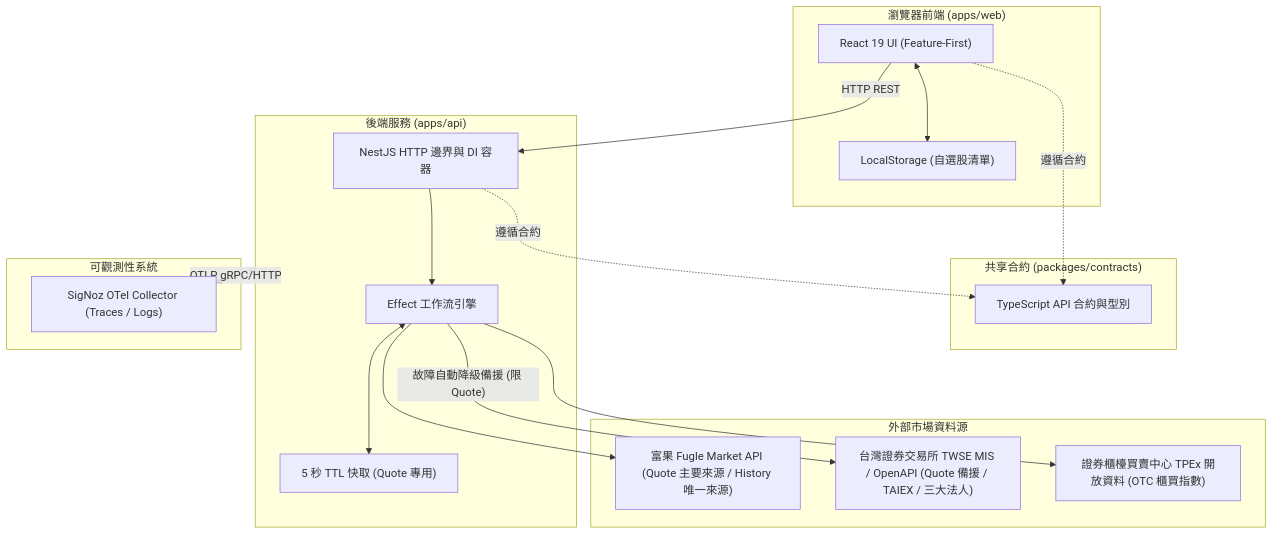
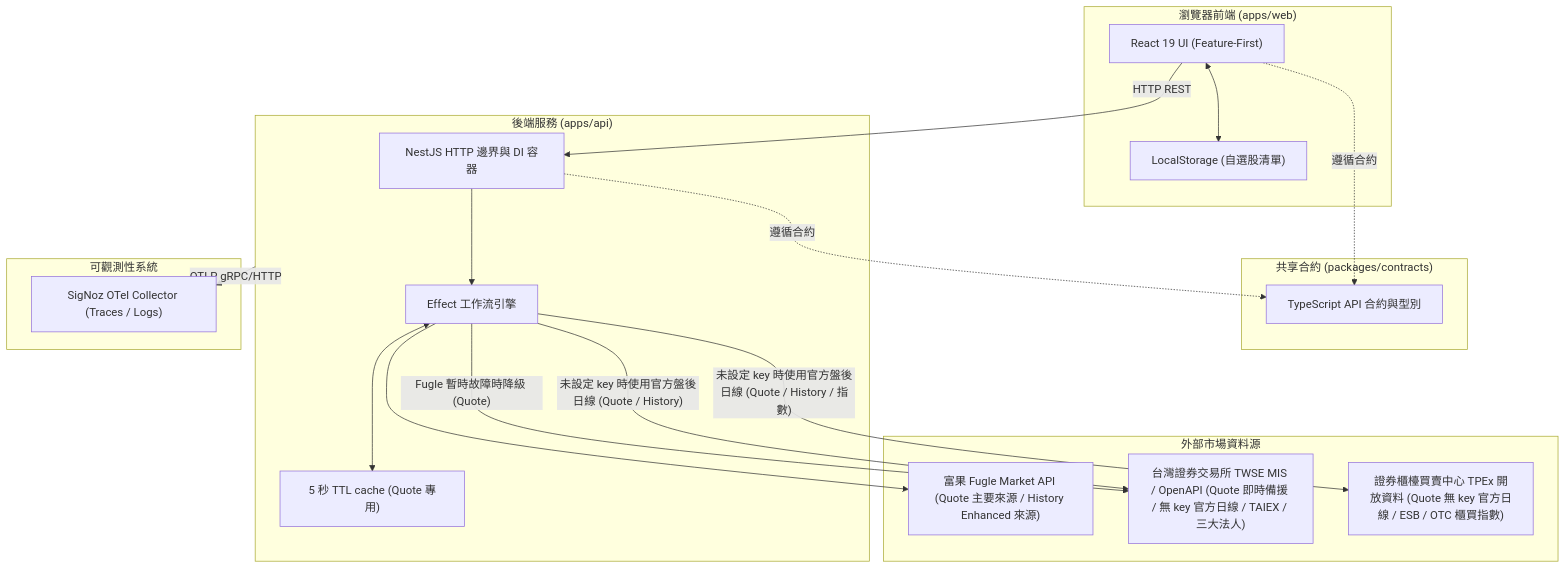
One commit to jchuder/tw-stock-dashboard changed the first of 2 diagrams in README.md. Above: the diagram before and after it, drawn with Mermaid. The commit also changed other lines of this file and 2 other files, not shown here.

First line of the commit message:
docs: Document market-aware dashboard delivery

````diff
--- a/README.md
+++ b/README.md
@@ -29,38 +29,39 @@
 ```mermaid
 flowchart TB
     subgraph Client["瀏覽器前端 (apps/web)"]
         UI["React 19 UI (Feature-First)"]
         LocalStorage["LocalStorage (自選股清單)"]
         UI <--> LocalStorage
     end
 
     subgraph Contracts["共享合約 (packages/contracts)"]
         Types["TypeScript API 合約與型別"]
     end
 
     subgraph Server["後端服務 (apps/api)"]
         Nest["NestJS HTTP 邊界與 DI 容器"]
         EffectEngine["Effect 工作流引擎"]
-        QuoteCache["5 秒 TTL 快取 (Quote 專用)"]
+        QuoteCache["5 秒 TTL cache (Quote 專用)"]
         Nest --> EffectEngine
         EffectEngine <--> QuoteCache
     end
 
     subgraph Upstream["外部市場資料源"]
-        Fugle["富果 Fugle Market API (Quote 主要來源 / History 唯一來源)"]
-        TWSE["台灣證券交易所 TWSE MIS / OpenAPI (Quote 備援 / TAIEX / 三大法人)"]
-        TPEx["證券櫃檯買賣中心 TPEx 開放資料 (OTC 櫃買指數)"]
+        Fugle["富果 Fugle Market API (Quote 主要來源 / History Enhanced 來源)"]
+        TWSE["台灣證券交易所 TWSE MIS / OpenAPI (Quote 即時備援 / 無 key 官方日線 / TAIEX / 三大法人)"]
+        TPEx["證券櫃檯買賣中心 TPEx 開放資料 (Quote 無 key 官方日線 / ESB / OTC 櫃買指數)"]
     end
 
     subgraph Telemetry["可觀測性系統"]
         SigNoz["SigNoz OTel Collector (Traces / Logs)"]
     end
 
     UI -- HTTP REST --> Nest
     UI -. 遵循合約 .-> Types
     Nest -. 遵循合約 .-> Types
     EffectEngine --> Fugle
-    EffectEngine -- 故障自動降級備援 (限 Quote) --> TWSE
-    EffectEngine --> TPEx
+    EffectEngine -- Fugle 暫時故障時降級 (Quote) --> TWSE
+    EffectEngine -- 未設定 key 時使用官方盤後日線 (Quote / History) --> TWSE
+    EffectEngine -- 未設定 key 時使用官方盤後日線 (Quote / History / 指數) --> TPEx
     Server -- OTLP gRPC/HTTP --> SigNoz
 ```
````
